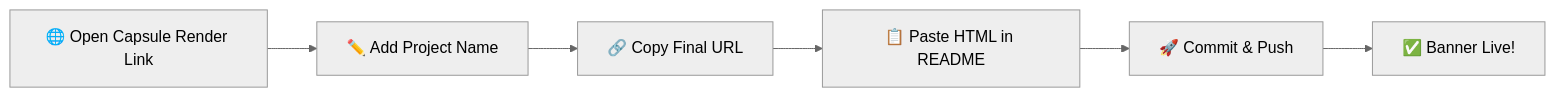
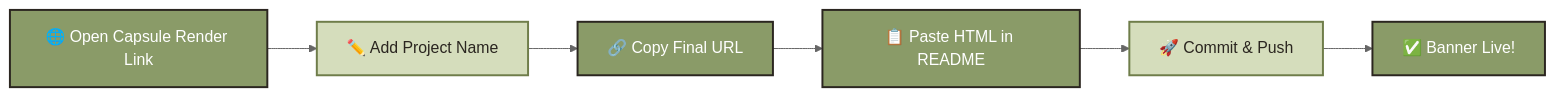
Before and after one commit to SHAKEELYOUSAF/README_file_styling: the first of 2 diagrams in README.md, drawn with Mermaid (neutral theme). The commit also changed other lines of this file, not shown here.

````diff
--- a/README.md
+++ b/README.md
@@ -33,8 +32,13 @@
 ```mermaid
 flowchart LR
     A[🌐 Open Capsule Render Link] --> B[✏️ Add Project Name]
     B --> C[🔗 Copy Final URL]
     C --> D[📋 Paste HTML in README]
     D --> E[🚀 Commit & Push]
     E --> F[✅ Banner Live!]
+classDef screen fill:#8a9b68,color:#ffffff,stroke:#2b2620,stroke-width:2px;
+	classDef action fill:#d5ddbc,color:#2b2620,stroke:#6f7d4a,stroke-width:2px;
+	class A,C,D,F screen;
+	class B,E action;
+
 ```
````
